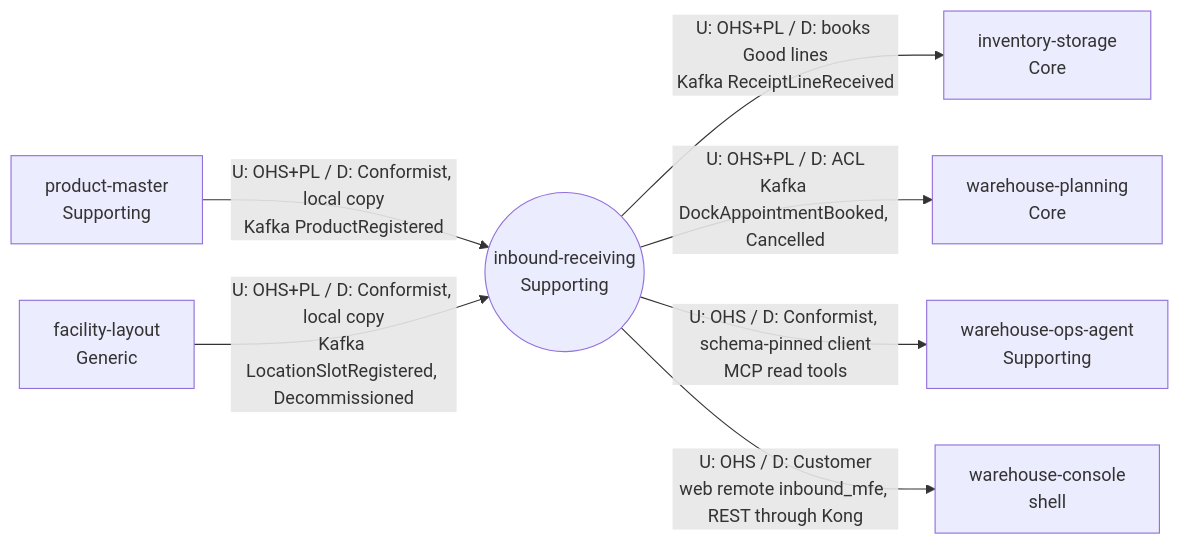
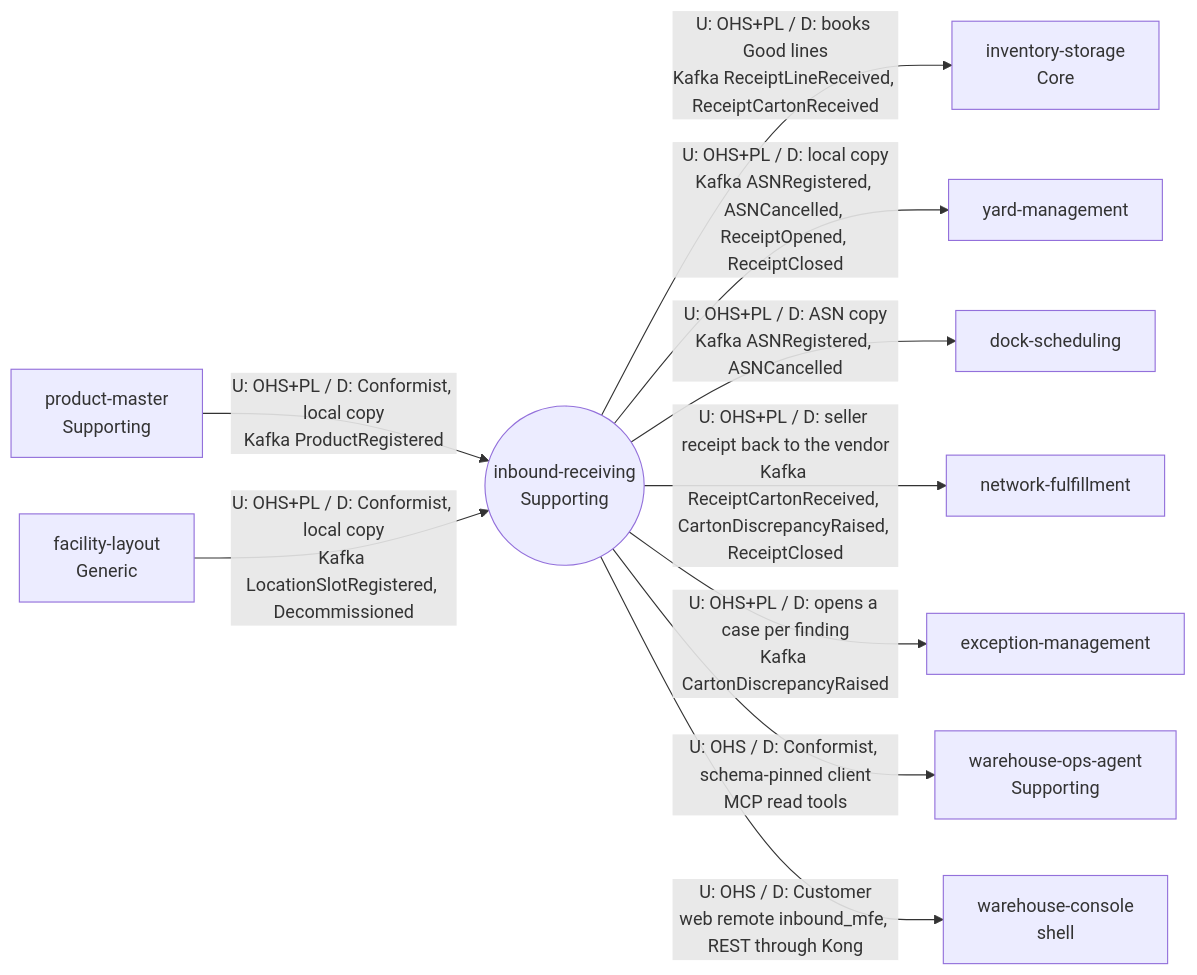
One commit to IQVO/warehouse-docs changed the diagram in docs/contexts/inbound-receiving/context-map.md. Above: the diagram before and after it, drawn with Mermaid. The commit also changed other lines of this file and 16 other files, not shown here.

````diff
--- a/docs/contexts/inbound-receiving/context-map.md
+++ b/docs/contexts/inbound-receiving/context-map.md
@@ -25,18 +24,24 @@
 ```mermaid
 flowchart LR
   IR(("inbound-receiving<br/>Supporting"))
 
   PM["product-master<br/>Supporting"]
   FL["facility-layout<br/>Generic"]
   INV["inventory-storage<br/>Core"]
-  WP["warehouse-planning<br/>Core"]
+  YM["yard-management"]
+  DS["dock-scheduling"]
+  NF["network-fulfillment"]
+  EXC["exception-management"]
   OPS["warehouse-ops-agent<br/>Supporting"]
   CON["warehouse-console<br/>shell"]
 
   PM -- "U: OHS+PL / D: Conformist, local copy<br/>Kafka ProductRegistered" --> IR
   FL -- "U: OHS+PL / D: Conformist, local copy<br/>Kafka LocationSlotRegistered, Decommissioned" --> IR
-  IR -- "U: OHS+PL / D: books Good lines<br/>Kafka ReceiptLineReceived" --> INV
-  IR -- "U: OHS+PL / D: ACL<br/>Kafka DockAppointmentBooked, Cancelled" --> WP
+  IR -- "U: OHS+PL / D: books Good lines<br/>Kafka ReceiptLineReceived, ReceiptCartonReceived" --> INV
+  IR -- "U: OHS+PL / D: local copy<br/>Kafka ASNRegistered, ASNCancelled, ReceiptOpened, ReceiptClosed" --> YM
+  IR -- "U: OHS+PL / D: ASN copy<br/>Kafka ASNRegistered, ASNCancelled" --> DS
+  IR -- "U: OHS+PL / D: seller receipt back to the vendor<br/>Kafka ReceiptCartonReceived, CartonDiscrepancyRaised, ReceiptClosed" --> NF
+  IR -- "U: OHS+PL / D: opens a case per finding<br/>Kafka CartonDiscrepancyRaised" --> EXC
   IR -- "U: OHS / D: Conformist, schema-pinned client<br/>MCP read tools" --> OPS
   IR -- "U: OHS / D: Customer<br/>web remote inbound_mfe, REST through Kong" --> CON
 ```
````
